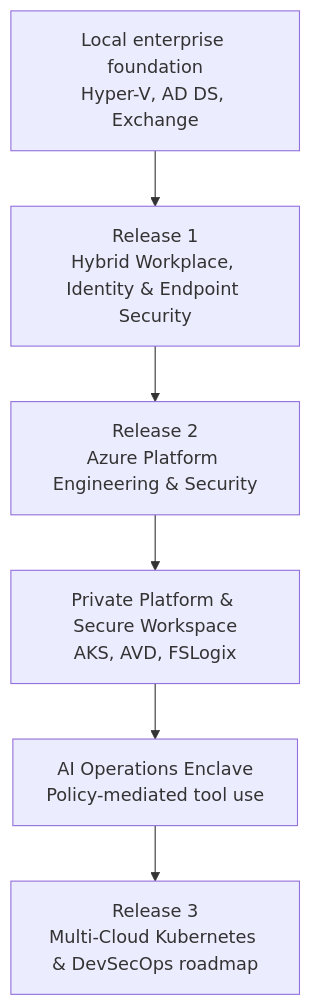
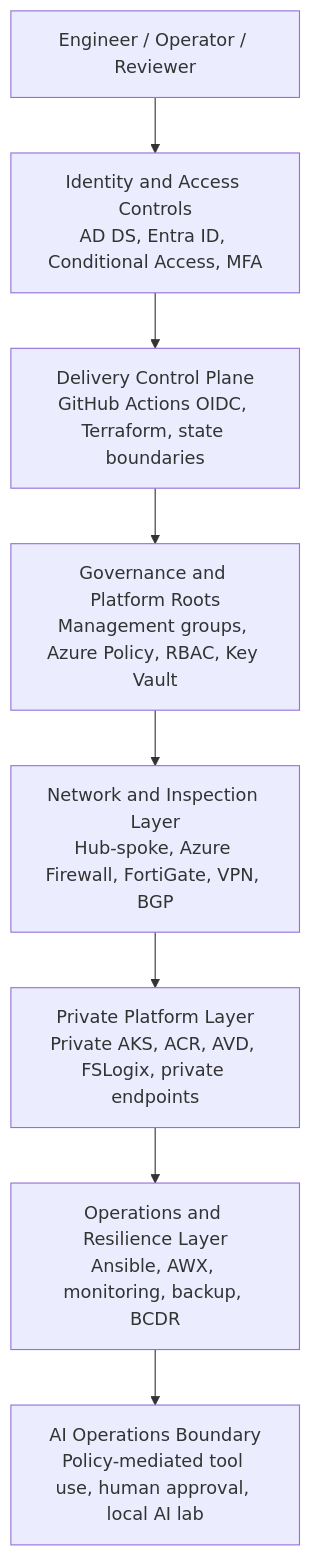
Before and after one commit to jrikobd-azaws/azawslab-enterprise-hybrid-security: the diagram in site/architecture.md, drawn with Mermaid. The commit also changed other lines of this file and 3 other files, not shown here.

````diff
--- a/site/architecture.md
+++ b/site/architecture.md
@@ -20,8 +20,10 @@
 ```mermaid
-graph TD
-    A["Local enterprise foundation<br>Hyper-V, AD DS, Exchange"] --> B["Release 1<br>Hybrid Workplace, Identity & Endpoint Security"]
-    B --> C["Release 2<br>Azure Platform Engineering & Security"]
-    C --> D["Private Platform & Secure Workspace<br>AKS, AVD, FSLogix"]
-    D --> E["AI Operations Enclave<br>Policy-mediated tool use"]
-    E --> F["Release 3<br>Multi-Cloud Kubernetes & DevSecOps roadmap"]
+flowchart TD
+    A["Engineer / Operator / Reviewer"] --> B["Identity and Access Controls<br>AD DS, Entra ID, Conditional Access, MFA"]
+    B --> C["Delivery Control Plane<br>GitHub Actions OIDC, Terraform, state boundaries"]
+    C --> D["Governance and Platform Roots<br>Management groups, Azure Policy, RBAC, Key Vault"]
+    D --> E["Network and Inspection Layer<br>Hub-spoke, Azure Firewall, FortiGate, VPN, BGP"]
+    E --> F["Private Platform Layer<br>Private AKS, ACR, AVD, FSLogix, private endpoints"]
+    F --> G["Operations and Resilience Layer<br>Ansible, AWX, monitoring, backup, BCDR"]
+    G --> H["AI Operations Boundary<br>Policy-mediated tool use, human approval, local AI lab"]
 ```
````
